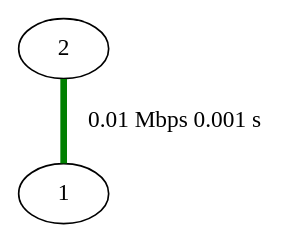
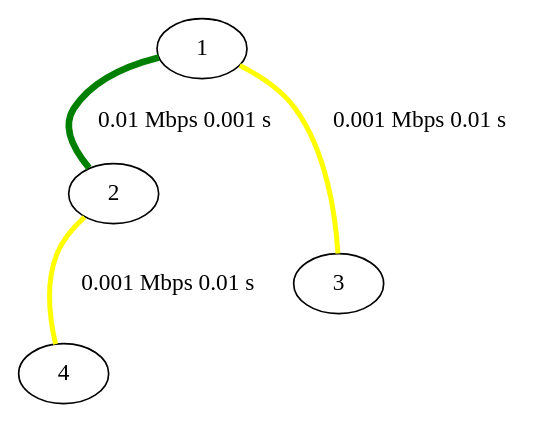
One commit to nonononoka/ntSimulator changed the diagram in network.gv. Above: the diagram before and after it, drawn with Graphviz. The commit also changed 7 other files, not shown here.

```diff
--- a/network.gv
+++ b/network.gv
@@ -1,14 +1,30 @@
 strict graph {
 
+
+	"1" [  weight=0 ];
+
+	"1" -- "2" [ color="green", label="0.01 Mbps 0.001 s
+", penwidth="4.00",  weight=0 ];
+
+	"1" -- "3" [ color="yellow", label="0.001 Mbps 0.01 s
+", penwidth="3.00",  weight=0 ];
 
 	"2" [  weight=0 ];
 
 	"2" -- "1" [ color="green", label="0.01 Mbps 0.001 s
 ", penwidth="4.00",  weight=0 ];
 
-	"1" [  weight=0 ];
+	"2" -- "4" [ color="yellow", label="0.001 Mbps 0.01 s
+", penwidth="3.00",  weight=0 ];
 
-	"1" -- "2" [ color="green", label="0.01 Mbps 0.001 s
-", penwidth="4.00",  weight=0 ];
+	"3" [  weight=0 ];
+
+	"3" -- "1" [ color="yellow", label="0.001 Mbps 0.01 s
+", penwidth="3.00",  weight=0 ];
+
+	"4" [  weight=0 ];
+
+	"4" -- "2" [ color="yellow", label="0.001 Mbps 0.01 s
+", penwidth="3.00",  weight=0 ];
 
 }
```
